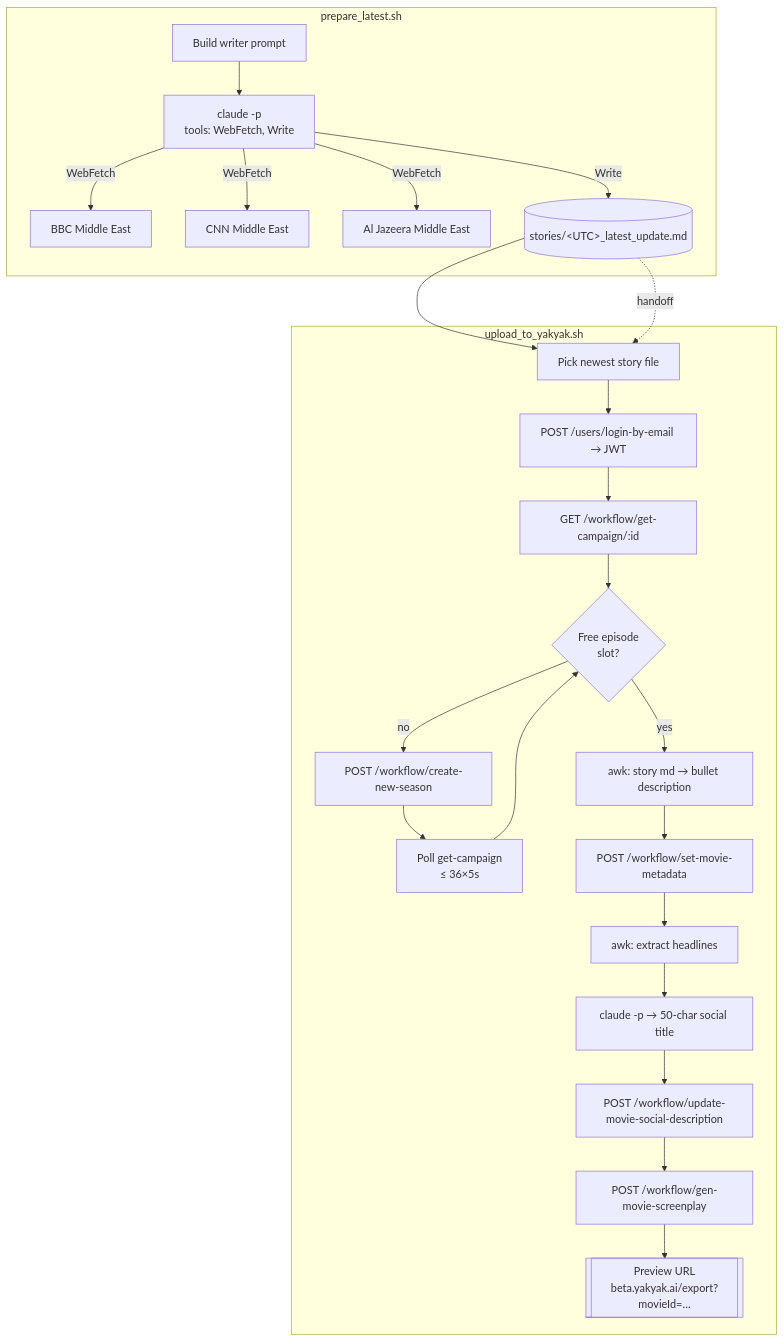
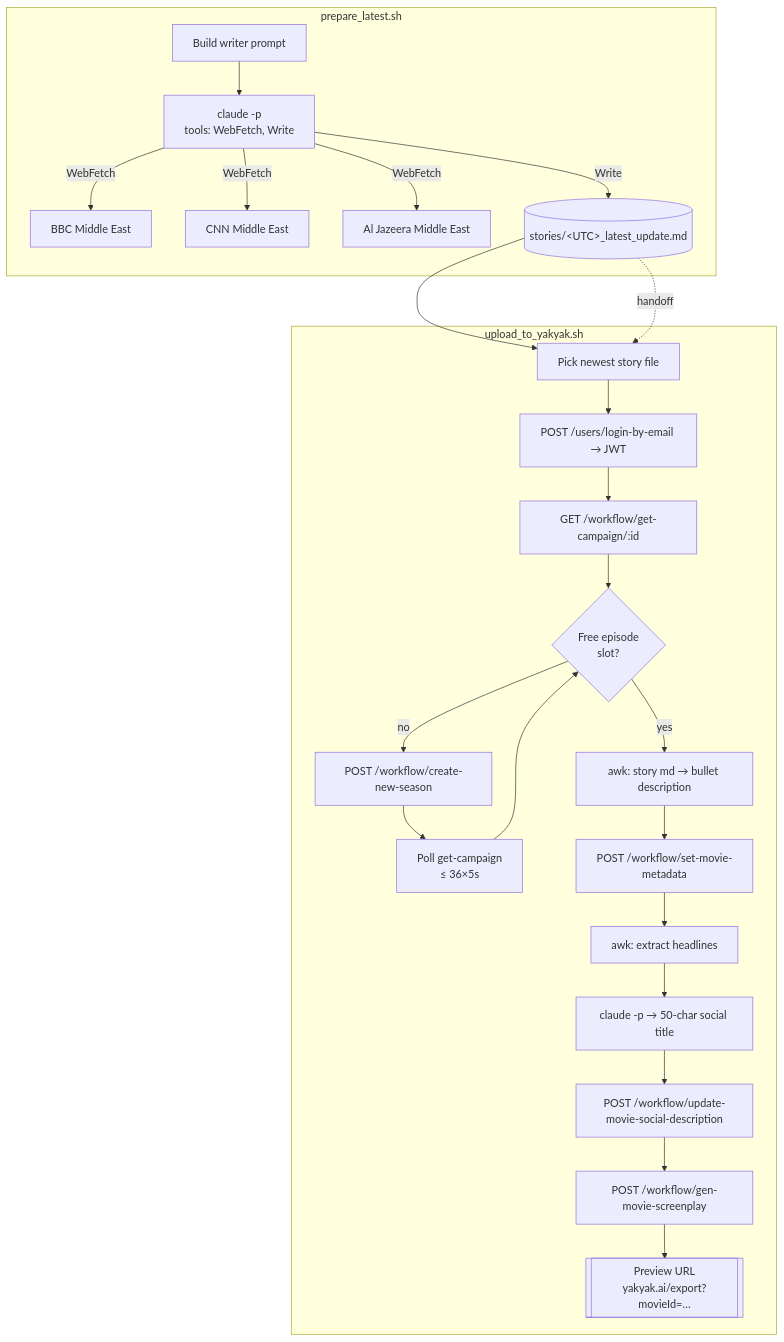
One commit to dan-nighthawk/cookbook changed the first of 3 diagrams in show/BreakingBricksNews/docs/how_it_works.md. Above: the diagram before and after it, drawn with Mermaid. The commit also changed other lines of this file and 33 other files, not shown here.

````diff
--- a/show/BreakingBricksNews/docs/how_it_works.md
+++ b/show/BreakingBricksNews/docs/how_it_works.md
@@ -20,29 +20,29 @@
 ```mermaid
 flowchart TD
     subgraph prep["prepare_latest.sh"]
         A1[Build writer prompt] --> A2["claude -p<br/>tools: WebFetch, Write"]
         A2 -->|WebFetch| BBC[BBC Middle East]
         A2 -->|WebFetch| CNN[CNN Middle East]
         A2 -->|WebFetch| AJ[Al Jazeera Middle East]
         A2 -->|Write| STORY[("stories/&lt;UTC&gt;_latest_update.md")]
     end
 
     subgraph upload["upload_to_yakyak.sh"]
         STORY --> B1[Pick newest story file]
         B1 --> B2["POST /users/login-by-email → JWT"]
         B2 --> B3["GET /workflow/get-campaign/:id"]
         B3 --> B4{Free episode<br/>slot?}
         B4 -->|no| B5["POST /workflow/create-new-season"]
         B5 --> B6[Poll get-campaign<br/>≤ 36×5s]
         B6 --> B4
         B4 -->|yes| B7[awk: story md → bullet description]
         B7 --> B8["POST /workflow/set-movie-metadata"]
         B8 --> B9[awk: extract headlines]
         B9 --> B10["claude -p → 50-char social title"]
         B10 --> B11["POST /workflow/update-movie-social-description"]
         B11 --> B12["POST /workflow/gen-movie-screenplay"]
-        B12 --> DONE[["Preview URL<br/>beta.yakyak.ai/export?movieId=…"]]
+        B12 --> DONE[["Preview URL<br/>yakyak.ai/export?movieId=…"]]
     end
 
     STORY -.handoff.-> B1
 ```
````
